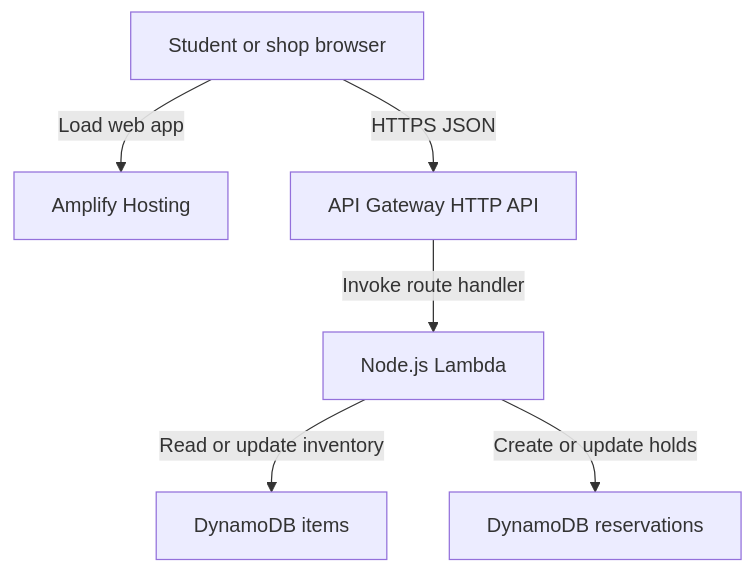
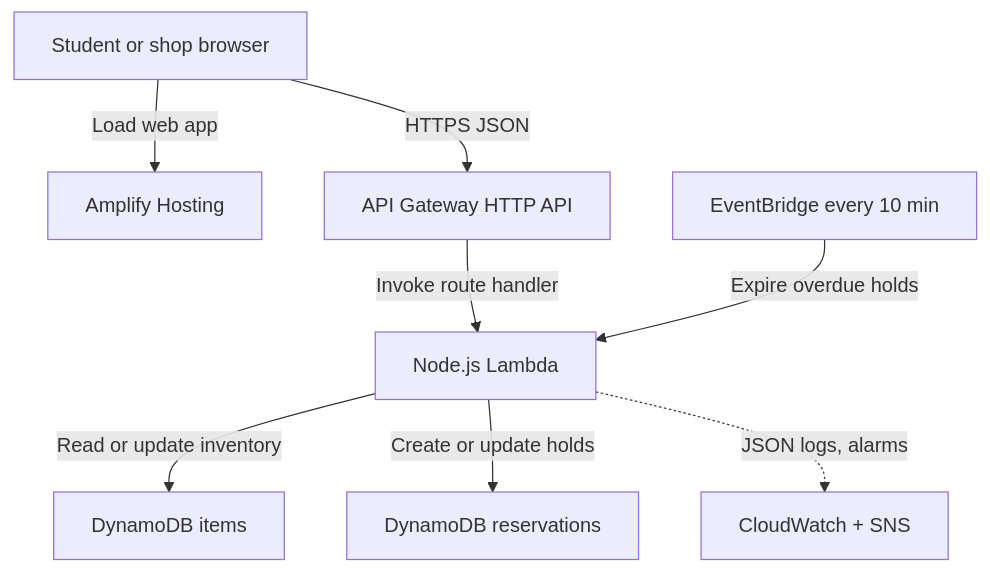
One commit to StackOverHack-Hub/Astrashop changed the diagram in docs/submission/aws-build-summary.md. Above: the diagram before and after it, drawn with Mermaid. The commit also changed other lines of this file and 2 other files, not shown here.

````diff
--- a/docs/submission/aws-build-summary.md
+++ b/docs/submission/aws-build-summary.md
@@ -5,8 +5,10 @@
 ```mermaid
 flowchart TD
     Browser[Student or shop browser] -->|Load web app| Hosting[Amplify Hosting]
     Browser -->|HTTPS JSON| Api[API Gateway HTTP API]
     Api -->|Invoke route handler| Lambda["Node.js Lambda"]
     Lambda -->|Read or update inventory| Items[DynamoDB items]
     Lambda -->|Create or update holds| Holds[DynamoDB reservations]
+    Schedule[EventBridge every 10 min] -->|Expire overdue holds| Lambda
+    Lambda -.->|JSON logs, alarms| Watch[CloudWatch + SNS]
 ```
````
